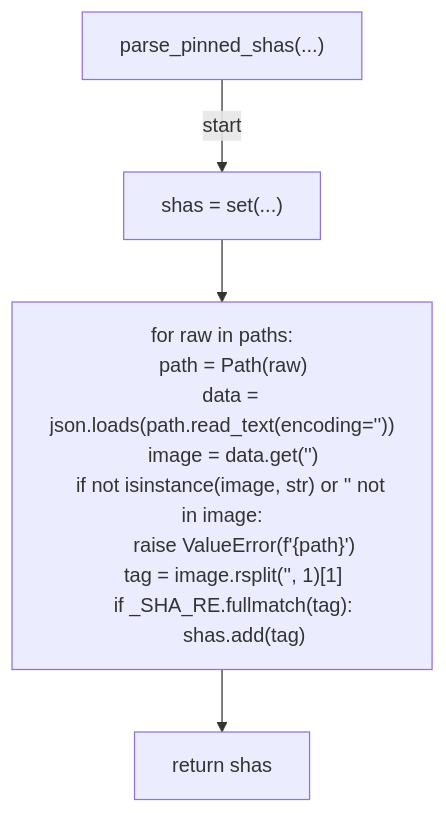
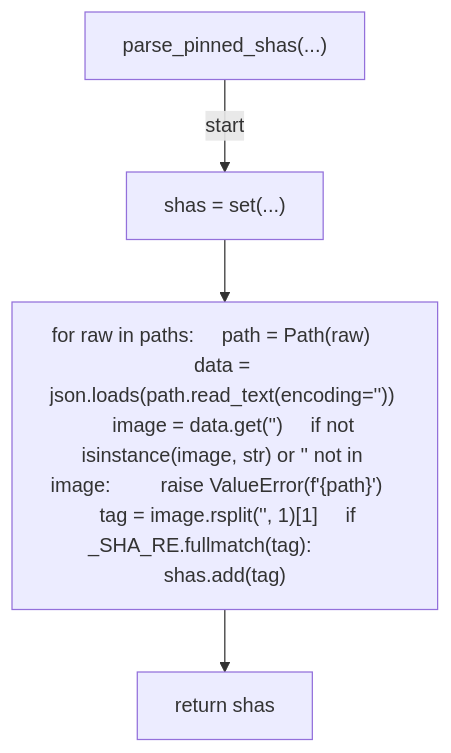
The second of 13 diagrams in docs/generated/scripts/ast/prune_devcontainer_images.md (tvna/claude-md), drawn with Mermaid before and after one commit. The commit also changed other lines of this file and 29 other files, not shown here.

First line of the commit message:
docs(generated): regenerate decision tree and workflow diagrams (batch 3/5)

````diff
--- a/docs/generated/scripts/ast/prune_devcontainer_images.md
+++ b/docs/generated/scripts/ast/prune_devcontainer_images.md
@@ -26,18 +26,10 @@
 ```mermaid
 flowchart TD
     N001["parse_pinned_shas(...)"]
     N002["shas = set(...)"]
-    N003["for raw in paths:
-    path = Path(raw)
-    data = json.loads(path.read_text(encoding='<str>'))
-    image = data.get('<str>')
-    if not isinstance(image, str) or '<str>' not in image:
-        raise ValueError(f'{path}<str>')
-    tag = image.rsplit('<str>', 1)[1]
-    if _SHA_RE.fullmatch(tag):
-        shas.add(tag)"]
+    N003["for raw in paths:     path = Path(raw)     data = json.loads(path.read_text(encoding='<str>'))     image = data.get('<str>')     if not isinstance(image, str) or '<str>' not in image:         raise ValueError(f'{path}<str>')     tag = image.rsplit('<str>', 1)[1]     if _SHA_RE.fullmatch(tag):         shas.add(tag)"]
     N004["return shas"]
     N001 -->|"start"| N002
     N002 --> N003
     N003 --> N004
 ```
````
